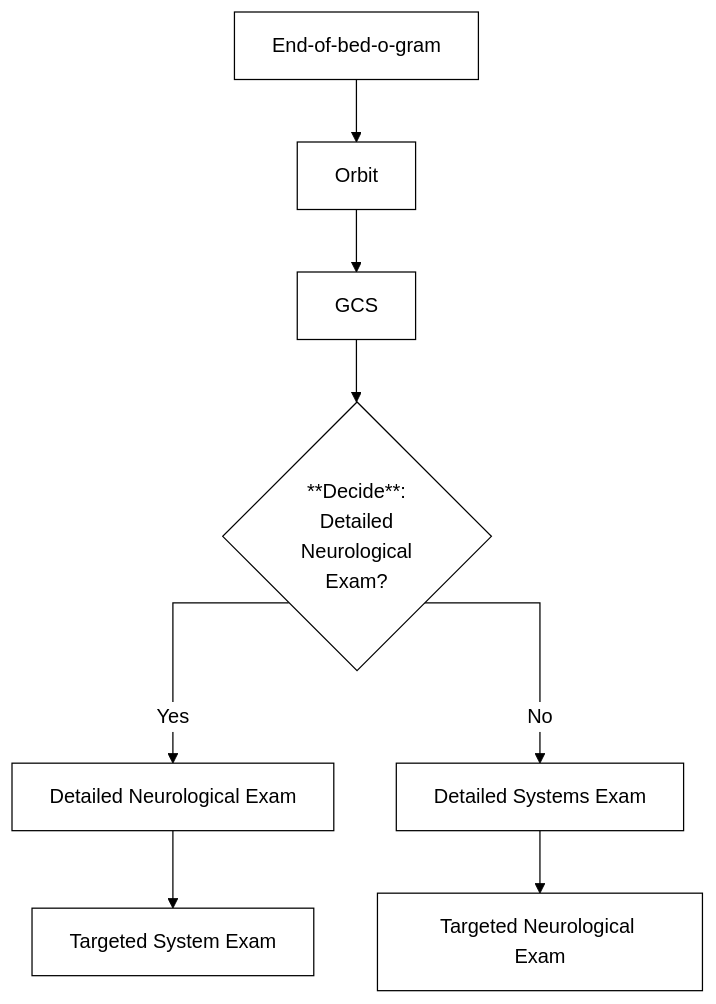
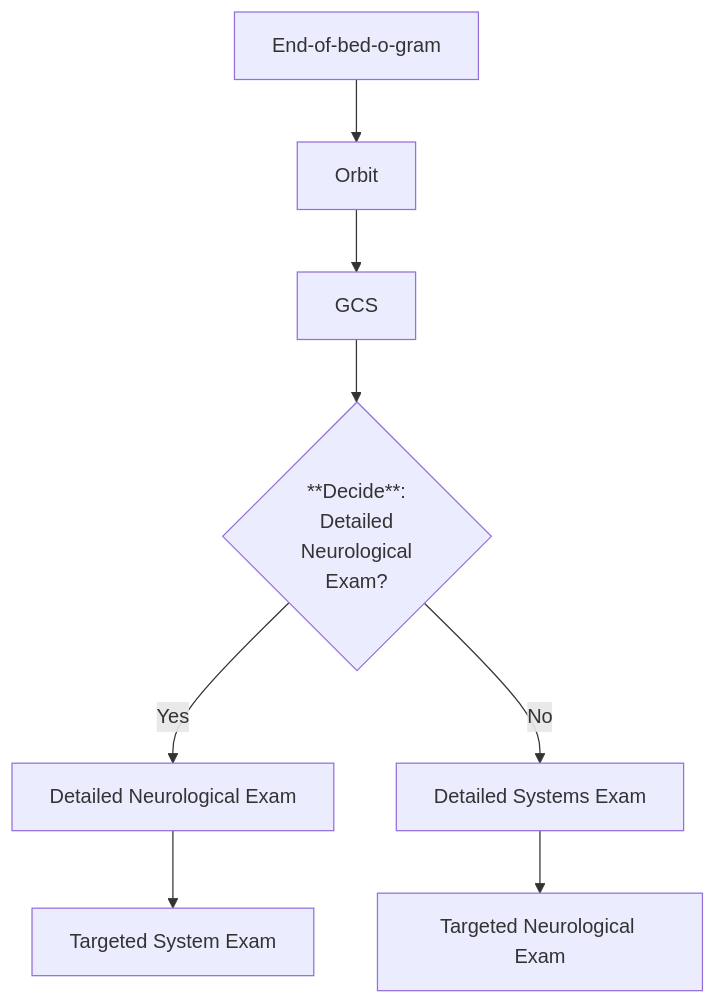
One commit to cjdbarlow/bedside-notebook changed the diagram in cicm.qmd. Above: the diagram before and after it, drawn with Mermaid. The commit also changed 6 other files, not shown here.

First line of the commit message:
NSFW: mermaid hack

````diff
--- a/cicm.qmd
+++ b/cicm.qmd
@@ -220,28 +220,13 @@
 ```{mermaid}
-%%| fig-width: 100% #Hacky solution; NaN defaults to 100% width
-%%| fig-height: 100%
-
-%%{ init: {
-    'flowchart': { 'curve': 'stepAfter', 'useMaxWidth': 'true'},
-    'theme': 'base',
-    'themeVariables': {
-        'primaryColor': '#ffffff',
-        'primaryTextColor': '#000000',
-        'primaryBorderColor': '#000000',
-        'lineColor': '#000000',
-        'tertiaryColor': '#fff'
-        }
-    }
-}%%
 
 flowchart TD
     A[End-of-bed-o-gram] --> B[Orbit]
     B --> C[GCS]
     C --> D{"**Decide**:
     Detailed
     Neurological
     Exam?"}
 
     D -- Yes --> F[Detailed Neurological Exam] --> H[Targeted System Exam]
     D -- No --> G[Detailed Systems Exam] --> I[Targeted Neurological Exam]
 ```
````
